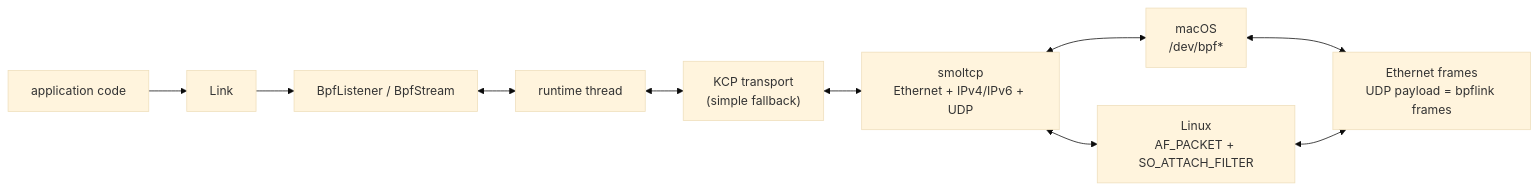
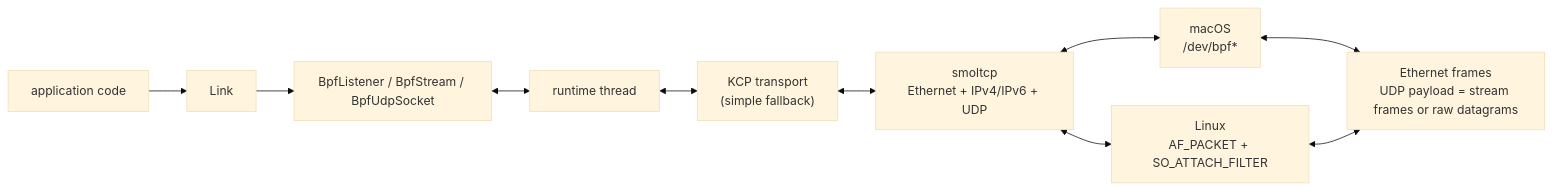
Before and after one commit to Houwenda/bpflink: the diagram in README.md, drawn with Mermaid (base theme). The commit also changed other lines of this file and 13 other files, not shown here.

Commit message:
feat: add bpf udp dns resolver example

````diff
--- a/README.md
+++ b/README.md
@@ -12,22 +13,22 @@
 ```mermaid
 flowchart LR
     app["application code"]
     link["Link"]
-    handles["BpfListener / BpfStream"]
+    handles["BpfListener / BpfStream / BpfUdpSocket"]
     runtime["runtime thread"]
     transport["KCP transport\n(simple fallback)"]
     stack["smoltcp\nEthernet + IPv4/IPv6 + UDP"]
     macos["macOS\n/dev/bpf*"]
     linux["Linux\nAF_PACKET + SO_ATTACH_FILTER"]
-    wire["Ethernet frames\nUDP payload = bpflink frames"]
+    wire["Ethernet frames\nUDP payload = stream frames or raw datagrams"]
 
     app --> link
     link --> handles
     handles <--> runtime
     runtime <--> transport
     transport <--> stack
     stack <--> macos
     stack <--> linux
     macos <--> wire
     linux <--> wire
 ```
````
